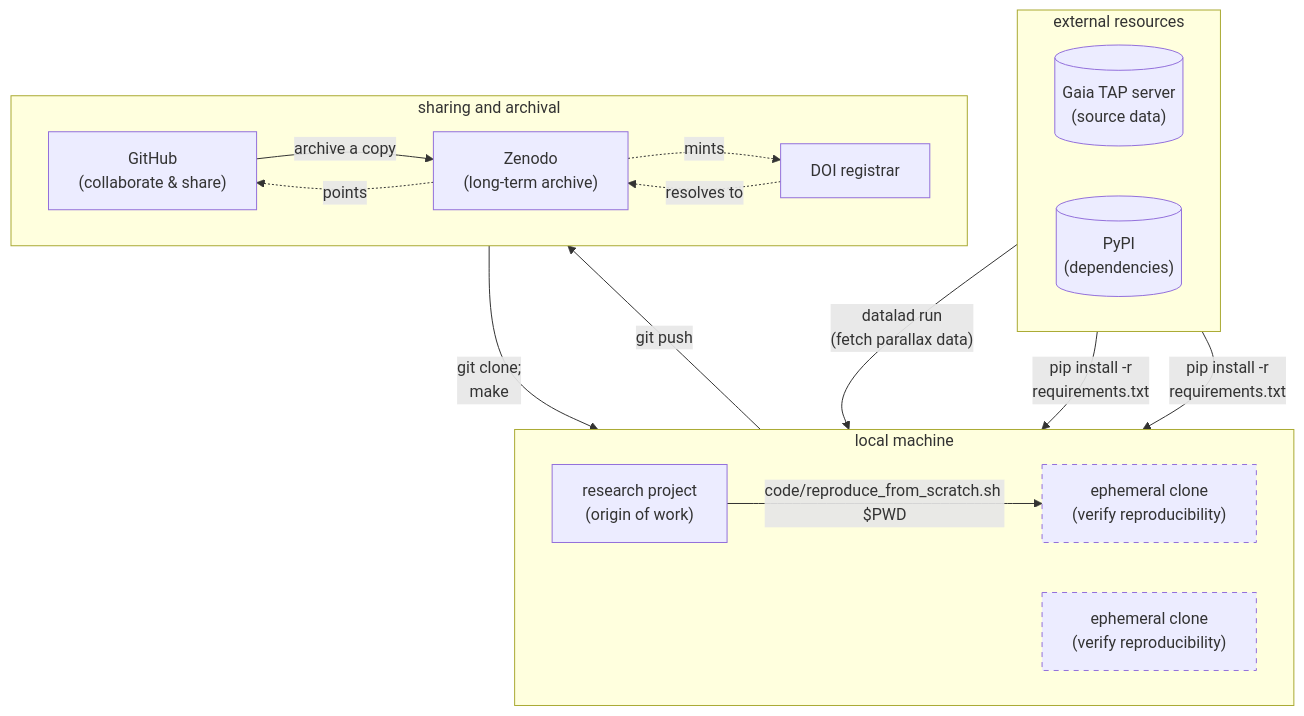
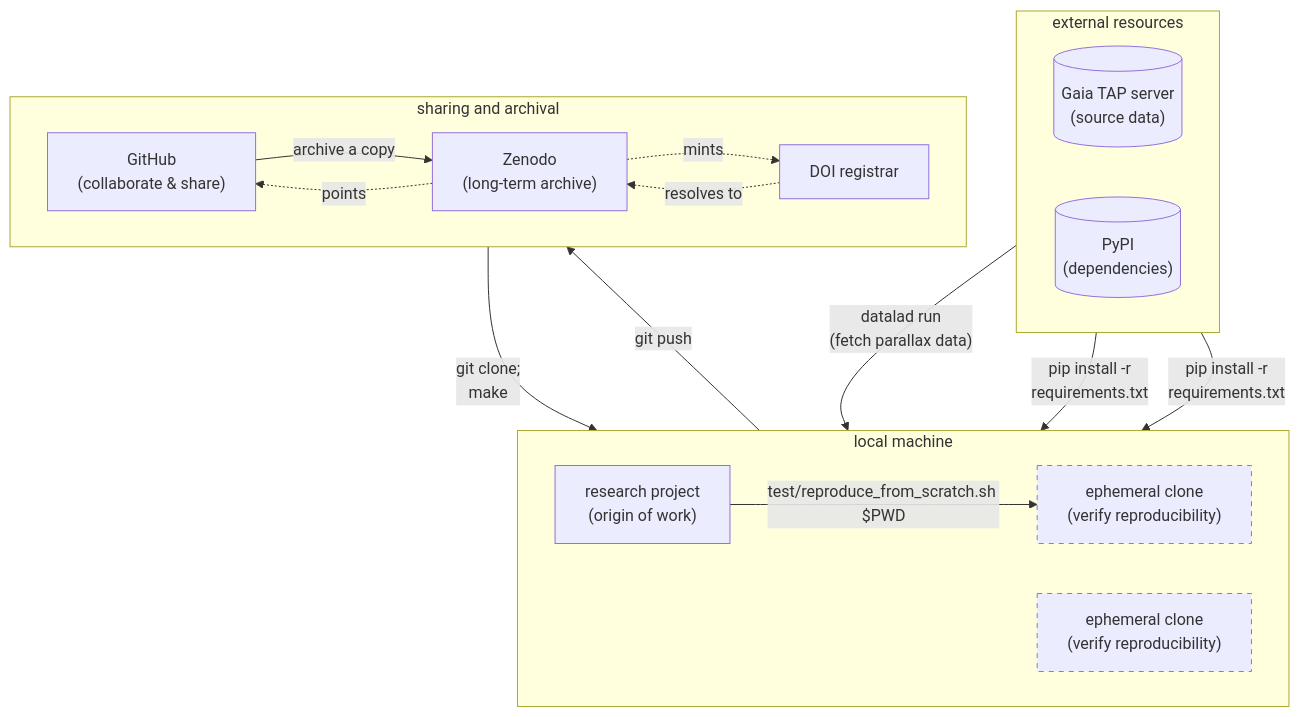
The diagram in content/examples/stellar-distance-walkthrough.md (asmacdo/principles-examples), drawn with Mermaid before and after one commit. The commit also changed other lines of this file, not shown here.

First line of the commit message:
Fix mermaid diagram path and step 2 directory tree

```diff
--- a/content/examples/stellar-distance-walkthrough.md
+++ b/content/examples/stellar-distance-walkthrough.md
@@ -866,32 +865,32 @@
 {{< mermaid >}}
 graph TD
     subgraph external resources
         direction LR
         TAP[("Gaia TAP server<br/>(source data)")]
         PyPI[("PyPI<br/>(dependencies)")]
     end
     subgraph local machine
         direction LR
         P["research project<br/>(origin of work)"]
         E["ephemeral clone<br/>(verify reproducibility)"]
         style E stroke-dasharray: 5 5
         E2["ephemeral clone<br/>(verify reproducibility)"]
         style E2 stroke-dasharray: 5 5
-        P -- "code/reproduce_from_scratch.sh $PWD" --> E
+        P -- "test/reproduce_from_scratch.sh $PWD" --> E
     end
     subgraph sharing and archival
         direction LR
         G["GitHub<br/>(collaborate & share)"]
         Z["Zenodo<br/>(long-term archive)"]
         D["DOI registrar"]
         G -- "archive a copy" --> Z
         Z -. "points" .-> G
         Z -. "mints" .-> D
     end
     TAP -- "datalad run<br/>(fetch parallax data)" --> P
     PyPI -- "pip install -r<br/>requirements.txt" --> E
     PyPI -- "pip install -r<br/>requirements.txt" --> E2
     P -- "git push" --> G
     D -. "resolves to" .-> Z
     G -- "git clone;<br/>make" --> E2
 {{< /mermaid >}}
```
